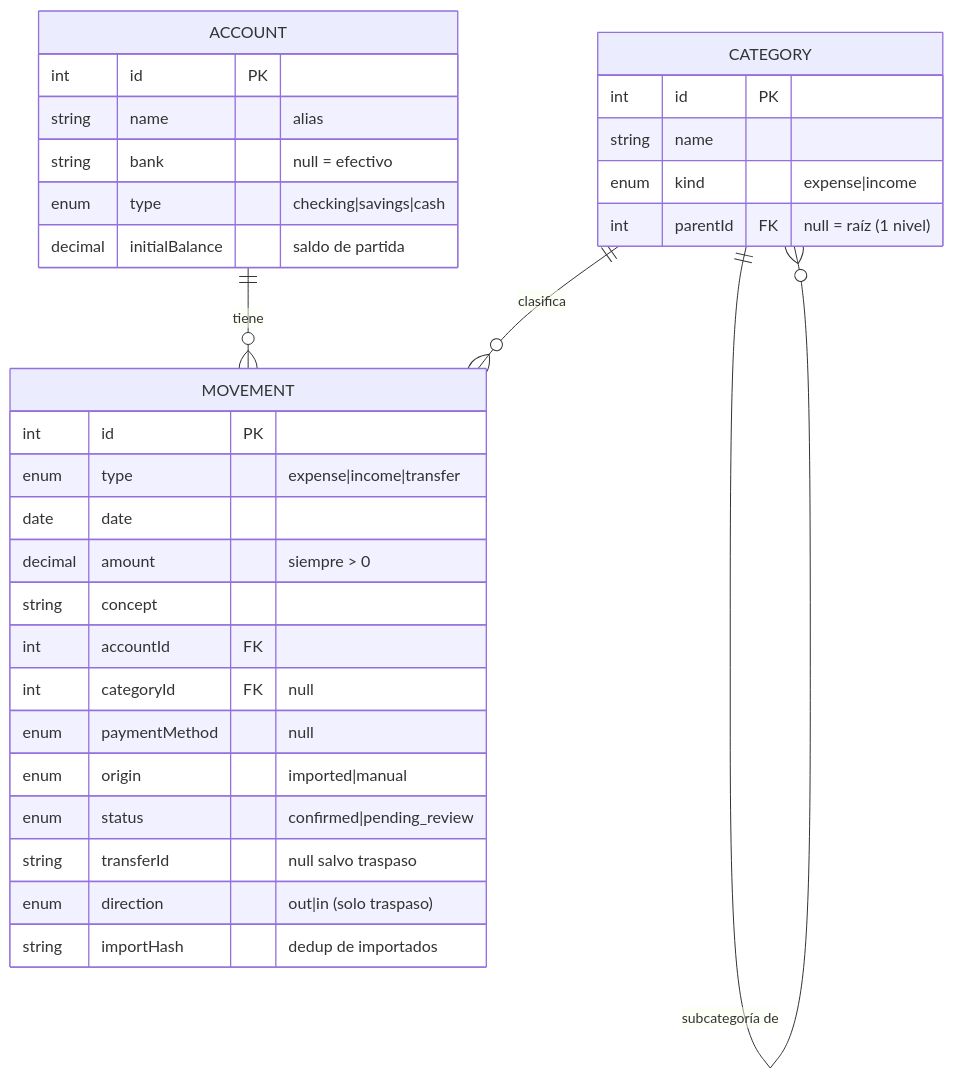
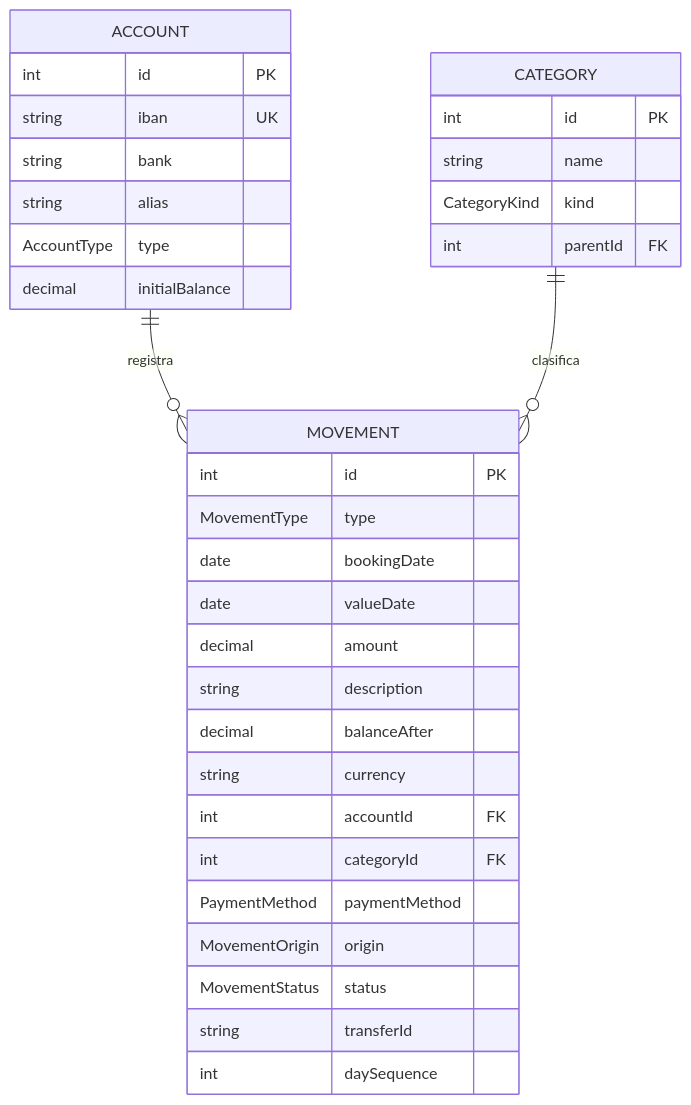
The diagram in docs/data-model.md (wanyos/control-gastos-backend), drawn with Mermaid before and after one commit. The commit also changed other lines of this file and 36 other files, not shown here.

````diff
--- a/docs/data-model.md
+++ b/docs/data-model.md
@@ -16,35 +34,36 @@
 ```mermaid
 erDiagram
-    ACCOUNT  ||--o{ MOVEMENT : "tiene"
-    CATEGORY ||--o{ MOVEMENT : "clasifica"
-    CATEGORY ||--o{ CATEGORY : "subcategoría de"
-
+    ACCOUNT ||--o{ MOVEMENT : registra
+    CATEGORY ||--o{ MOVEMENT : clasifica
     ACCOUNT {
-      int      id PK
-      string   name "alias"
-      string   bank "null = efectivo"
-      enum     type "checking|savings|cash"
-      decimal  initialBalance "saldo de partida"
+        int id PK
+        string iban UK
+        string bank
+        string alias
+        AccountType type
+        decimal initialBalance
     }
     CATEGORY {
-      int    id PK
-      string name
-      enum   kind "expense|income"
-      int    parentId FK "null = raíz (1 nivel)"
+        int id PK
+        string name
+        CategoryKind kind
+        int parentId FK
     }
     MOVEMENT {
-      int      id PK
-      enum     type "expense|income|transfer"
-      date     date
-      decimal  amount "siempre > 0"
-      string   concept
-      int      accountId FK
-      int      categoryId FK "null"
-      enum     paymentMethod "null"
-      enum     origin "imported|manual"
-      enum     status "confirmed|pending_review"
-      string   transferId "null salvo traspaso"
-      enum     direction "out|in (solo traspaso)"
-      string   importHash "dedup de importados"
+        int id PK
+        MovementType type
+        date bookingDate
+        date valueDate
+        decimal amount
+        string description
+        decimal balanceAfter
+        string currency
+        int accountId FK
+        int categoryId FK
+        PaymentMethod paymentMethod
+        MovementOrigin origin
+        MovementStatus status
+        string transferId
+        int daySequence
     }
 ```
````
